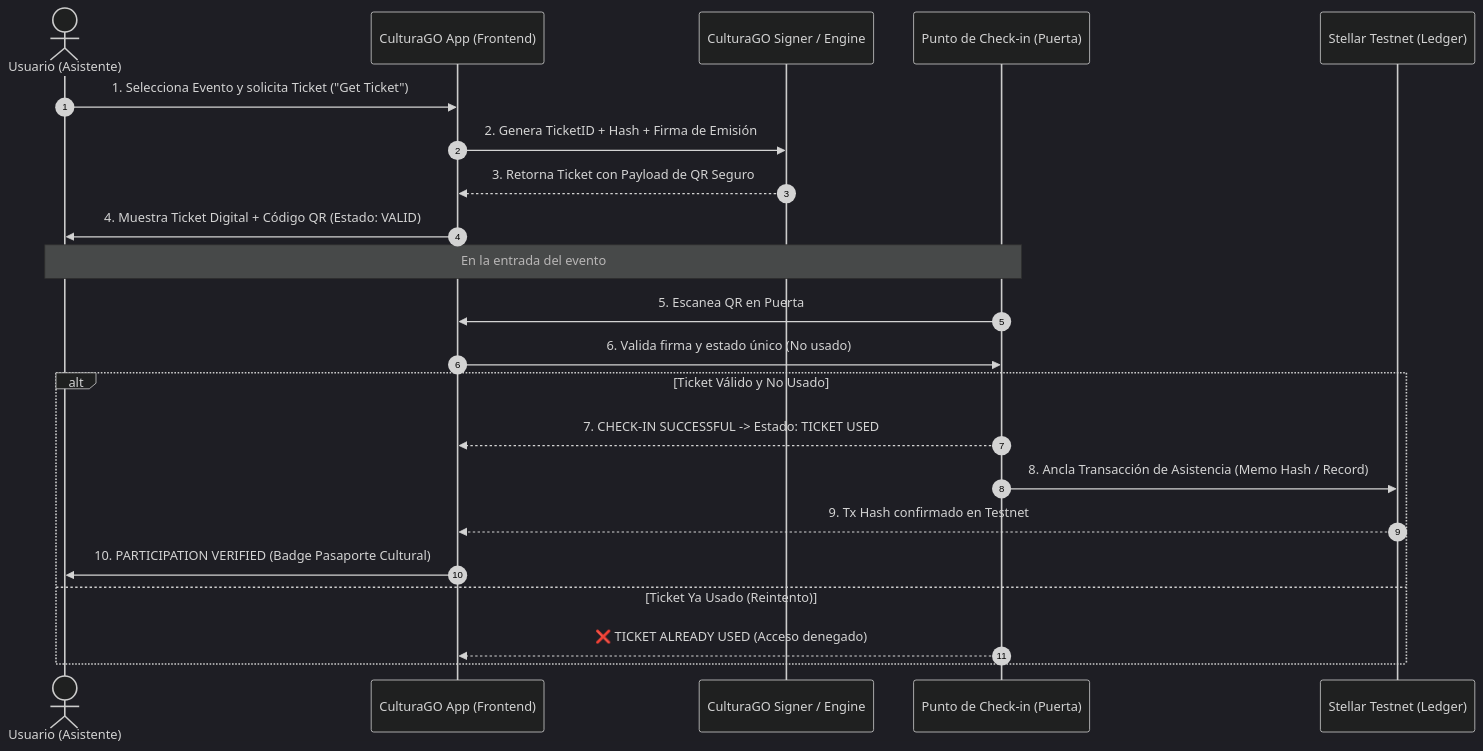
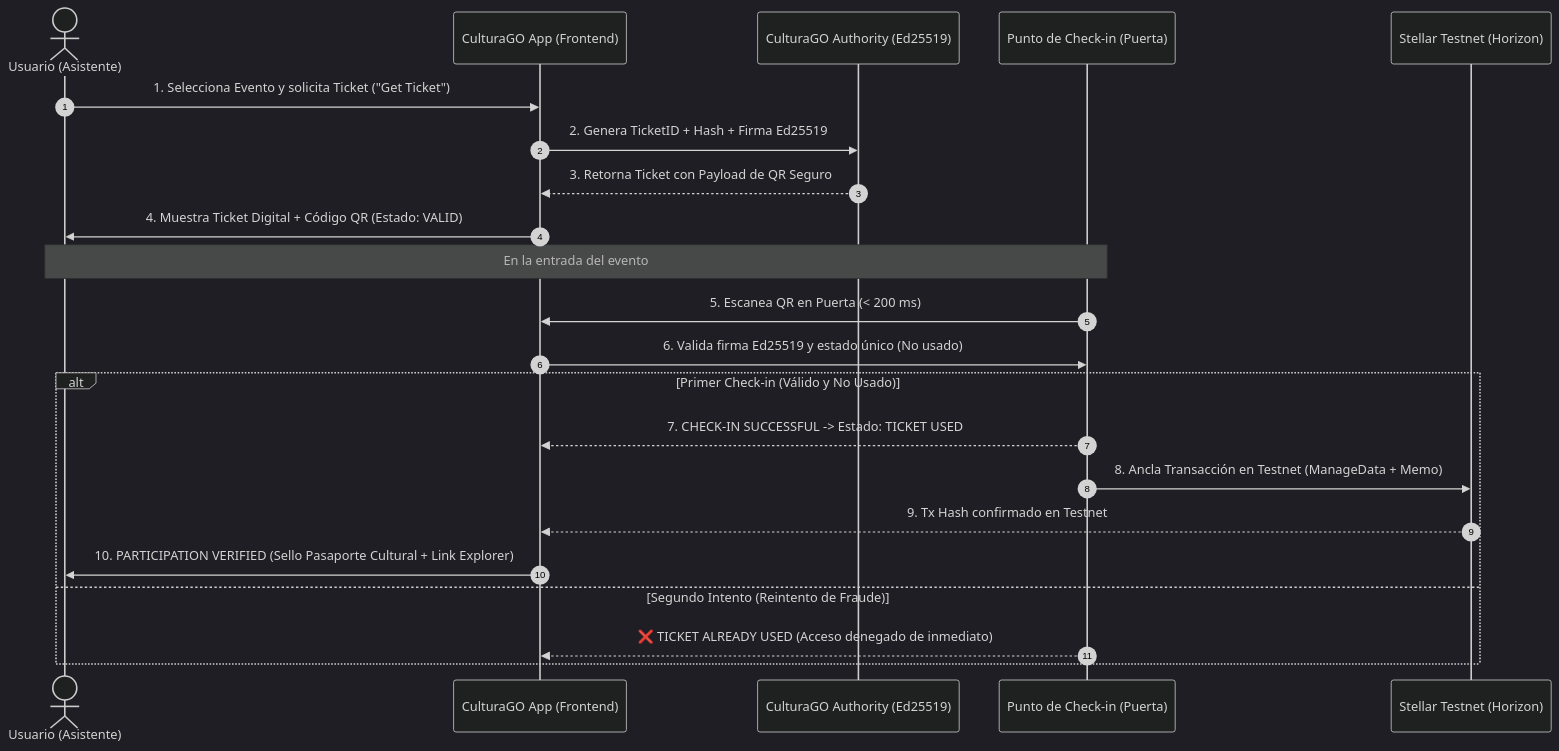
The diagram in docs/ARCHITECTURE.md (viniciorm/culturago-tickets-stellar), drawn with Mermaid (dark theme) before and after one commit. The commit also changed other lines of this file, not shown here.

Commit message:
docs: update architecture with Stellar Testnet lifecycle and security model

````diff
--- a/docs/ARCHITECTURE.md
+++ b/docs/ARCHITECTURE.md
@@ -9,26 +9,26 @@
 ```mermaid
 sequenceDiagram
     autonumber
     actor User as Usuario (Asistente)
     participant UI as CulturaGO App (Frontend)
-    participant Auth as CulturaGO Signer / Engine
+    participant Auth as CulturaGO Authority (Ed25519)
     participant Gate as Punto de Check-in (Puerta)
-    participant Stellar as Stellar Testnet (Ledger)
+    participant Stellar as Stellar Testnet (Horizon)
 
     User->>UI: 1. Selecciona Evento y solicita Ticket ("Get Ticket")
-    UI->>Auth: 2. Genera TicketID + Hash + Firma de Emisión
+    UI->>Auth: 2. Genera TicketID + Hash + Firma Ed25519
     Auth-->>UI: 3. Retorna Ticket con Payload de QR Seguro
     UI->>User: 4. Muestra Ticket Digital + Código QR (Estado: VALID)
     
     Note over User,Gate: En la entrada del evento
-    Gate->>UI: 5. Escanea QR en Puerta
-    UI->>Gate: 6. Valida firma y estado único (No usado)
-    alt Ticket Válido y No Usado
+    Gate->>UI: 5. Escanea QR en Puerta (< 200 ms)
+    UI->>Gate: 6. Valida firma Ed25519 y estado único (No usado)
+    alt Primer Check-in (Válido y No Usado)
         Gate-->>UI: 7. CHECK-IN SUCCESSFUL -> Estado: TICKET USED
-        Gate->>Stellar: 8. Ancla Transacción de Asistencia (Memo Hash / Record)
+        Gate->>Stellar: 8. Ancla Transacción en Testnet (ManageData + Memo)
         Stellar-->>UI: 9. Tx Hash confirmado en Testnet
-        UI->>User: 10. PARTICIPATION VERIFIED (Badge Pasaporte Cultural)
-    else Ticket Ya Usado (Reintento)
-        Gate-->>UI: ❌ TICKET ALREADY USED (Acceso denegado)
+        UI->>User: 10. PARTICIPATION VERIFIED (Sello Pasaporte Cultural + Link Explorer)
+    else Segundo Intento (Reintento de Fraude)
+        Gate-->>UI: ❌ TICKET ALREADY USED (Acceso denegado de inmediato)
     end
 ```
````
